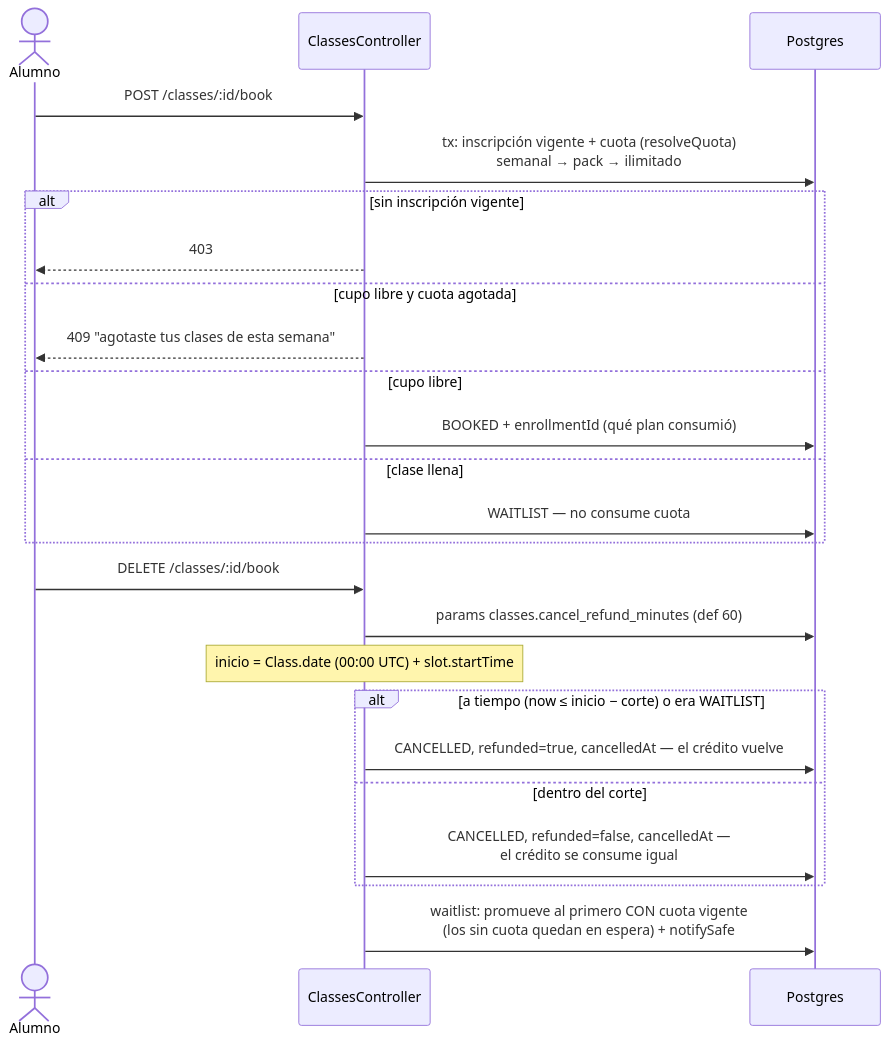
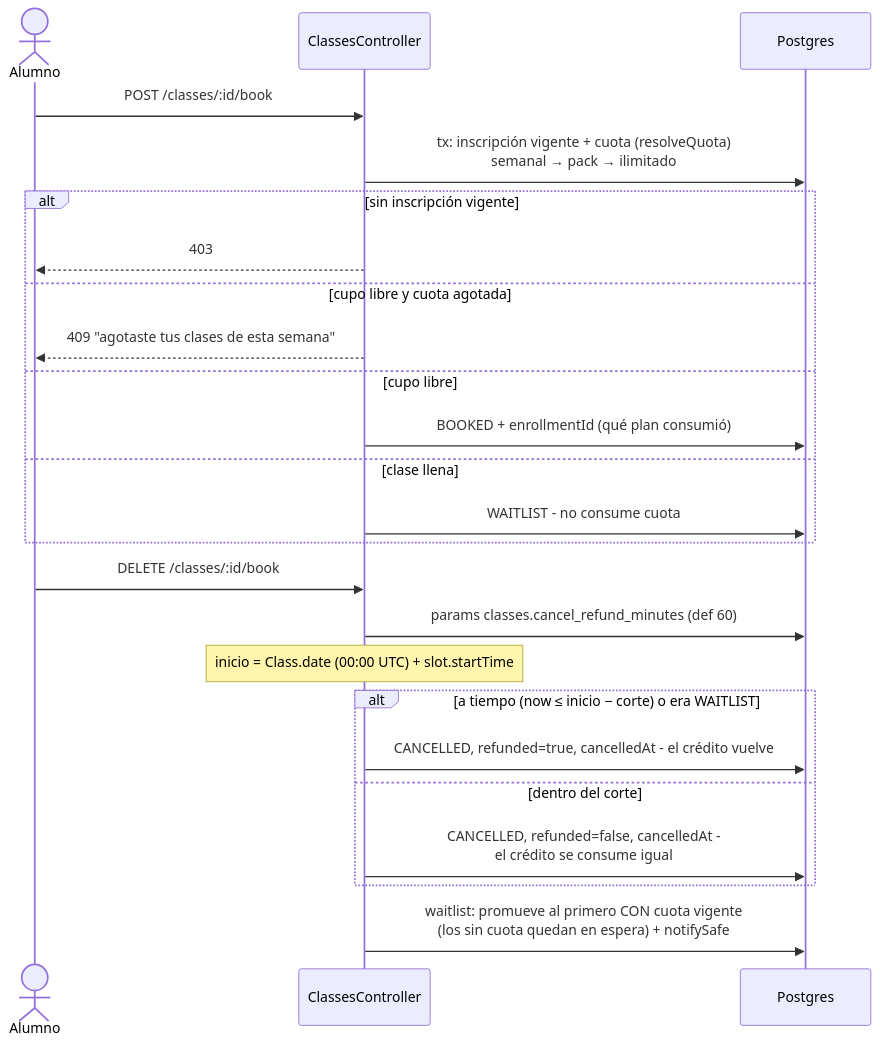
One commit to EduardoSalasG/omnidance changed diagram 22 of 31 in docs/flows.md. Above: the diagram before and after it, drawn with Mermaid. The commit also changed other lines of this file and 436 other files, not shown here.

````diff
--- a/docs/flows.md
+++ b/docs/flows.md
@@ -460,28 +460,28 @@
 ```mermaid
 sequenceDiagram
     actor U as Alumno
     participant API as ClassesController
     participant DB as Postgres
 
     U->>API: POST /classes/:id/book
     API->>DB: tx: inscripción vigente + cuota (resolveQuota)<br/>semanal → pack → ilimitado
     alt sin inscripción vigente
         API-->>U: 403
     else cupo libre y cuota agotada
         API-->>U: 409 "agotaste tus clases de esta semana"
     else cupo libre
         API->>DB: BOOKED + enrollmentId (qué plan consumió)
     else clase llena
-        API->>DB: WAITLIST — no consume cuota
+        API->>DB: WAITLIST - no consume cuota
     end
 
     U->>API: DELETE /classes/:id/book
     API->>DB: params classes.cancel_refund_minutes (def 60)
     Note over API: inicio = Class.date (00:00 UTC) + slot.startTime
     alt a tiempo (now ≤ inicio − corte) o era WAITLIST
-        API->>DB: CANCELLED, refunded=true, cancelledAt — el crédito vuelve
+        API->>DB: CANCELLED, refunded=true, cancelledAt - el crédito vuelve
     else dentro del corte
-        API->>DB: CANCELLED, refunded=false, cancelledAt —<br/>el crédito se consume igual
+        API->>DB: CANCELLED, refunded=false, cancelledAt -<br/>el crédito se consume igual
     end
     API->>DB: waitlist: promueve al primero CON cuota vigente<br/>(los sin cuota quedan en espera) + notifySafe
 ```
````
